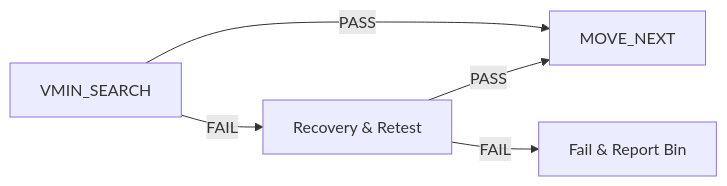
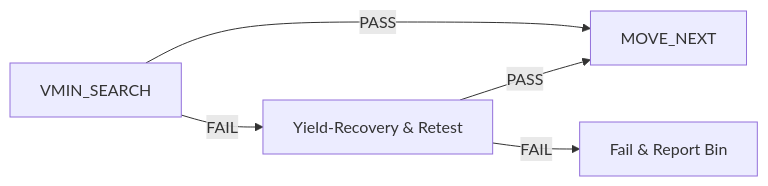
One commit to imahamdan/ctt_docs changed diagram 11 of 11 in Writerside/topics/convergedvminsearch-1.md. Above: the diagram before and after it, drawn with Mermaid. The commit also changed other lines of this file and 11 other files, not shown here.

````diff
--- a/Writerside/topics/convergedvminsearch-1.md
+++ b/Writerside/topics/convergedvminsearch-1.md
@@ -182,7 +198,7 @@
 ```mermaid
 graph LR
-    VMIN_SEARCH  -- FAIL --> RECOVERY["Recovery & Retest"]
+    VMIN_SEARCH  -- FAIL --> RECOVERY["Yield-Recovery & Retest"]
     VMIN_SEARCH -- PASS --> MOVE_NEXT
     RECOVERY -- PASS -->  MOVE_NEXT
     RECOVERY -- FAIL --> BIN["Fail & Report Bin"]
 ```
````
